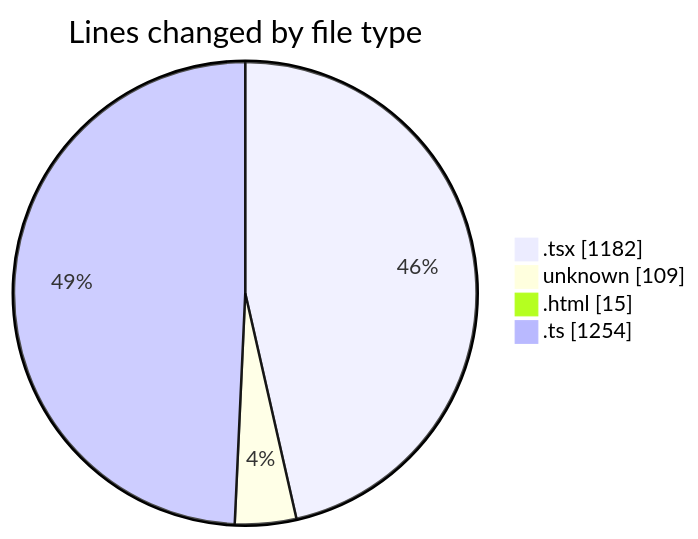
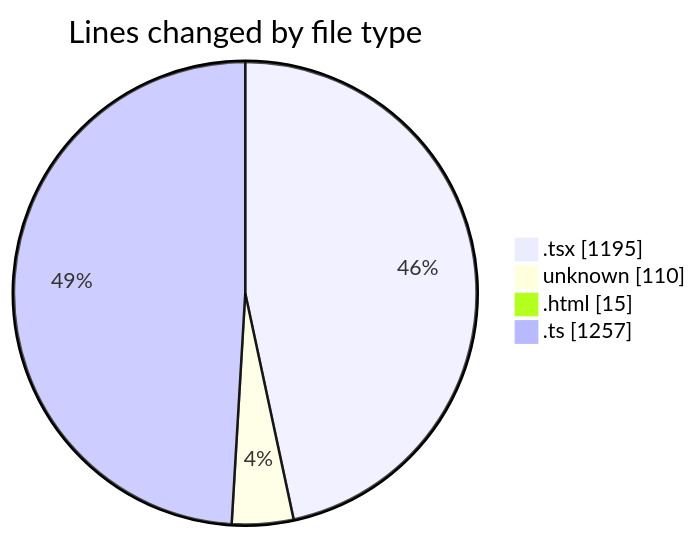
The first of 2 diagrams in 2025-06-23/archive/README.md (JenPaints/code-tracking), drawn with Mermaid before and after one commit. The commit also changed other lines of this file and 1 other file, not shown here.

````diff
--- a/2025-06-23/archive/README.md
+++ b/2025-06-23/archive/README.md
@@ -26,8 +26,8 @@
 ```mermaid
 pie showData
 title Lines changed by file type
-".tsx" : 1182
-"unknown" : 109
+".tsx" : 1195
+"unknown" : 110
 ".html" : 15
-".ts" : 1254
+".ts" : 1257
 ```
````
